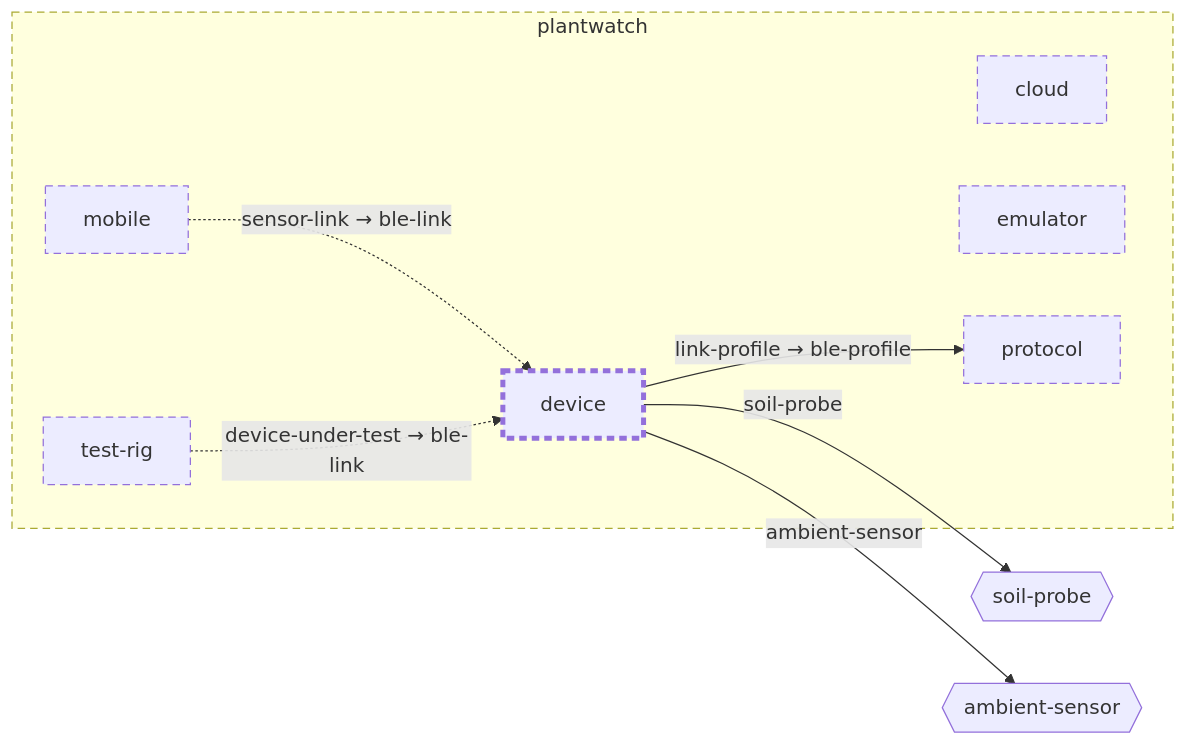
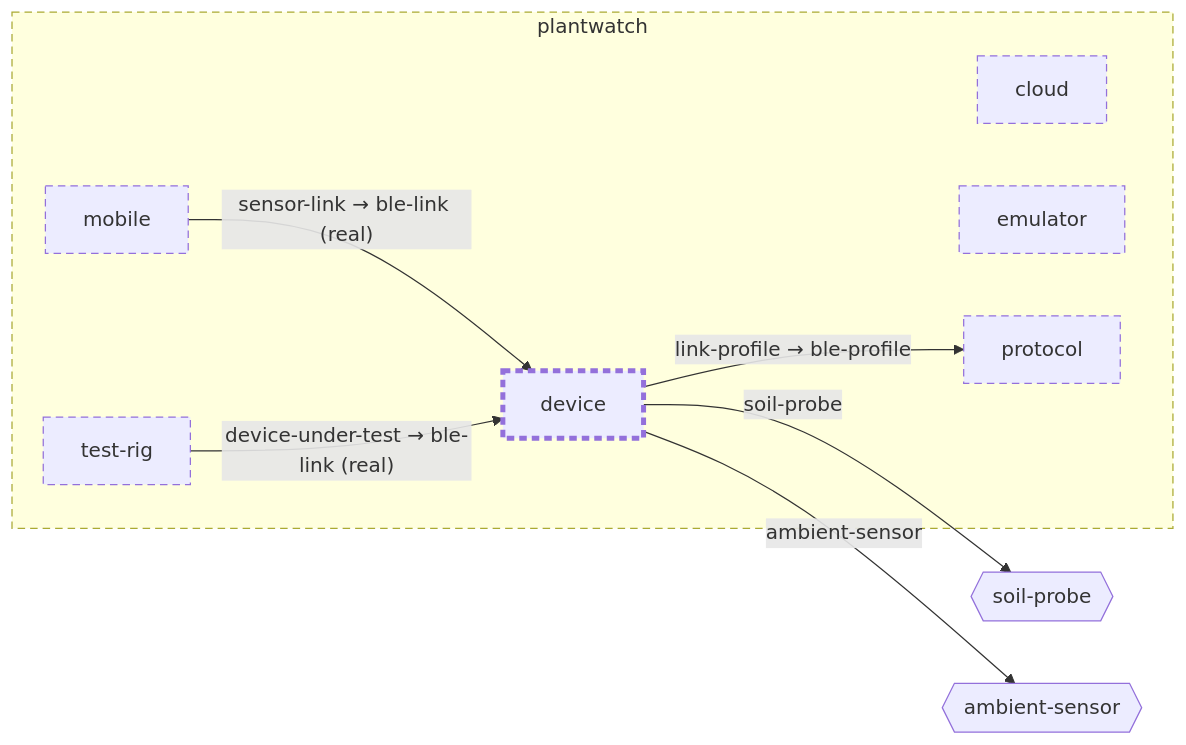
Before and after one commit to wackazong/unifold: the diagram in examples/plantwatch/device/doc/diagrams/context.md, drawn with Mermaid. The commit also changed other lines of this file and 330 other files, not shown here.

````diff
--- a/examples/plantwatch/device/doc/diagrams/context.md
+++ b/examples/plantwatch/device/doc/diagrams/context.md
@@ -8,28 +8,23 @@
 ```mermaid
 flowchart LR
   subgraph u_root["plantwatch"]
     u_cloud["cloud"]
     u_device["device"]
     u_emulator["emulator"]
     u_mobile["mobile"]
     u_protocol["protocol"]
-    u_test_rig["test-rig"]
+    u_test_drig["test-rig"]
   end
-  n_root_soil_probe{{"soil-probe"}}
-  n_root_ambient_sensor{{"ambient-sensor"}}
-  u_device -->|"soil-probe"| n_root_soil_probe
-  u_device -->|"ambient-sensor"| n_root_ambient_sensor
+  n_root___soil_dprobe{{"soil-probe"}}
+  n_root___ambient_dsensor{{"ambient-sensor"}}
+  u_device -->|"soil-probe"| n_root___soil_dprobe
+  u_device -->|"ambient-sensor"| n_root___ambient_dsensor
+  u_mobile -->|"sensor-link → ble-link (real)"| u_device
+  u_test_drig -->|"device-under-test → ble-link (real)"| u_device
   u_device -->|"link-profile → ble-profile"| u_protocol
-  u_mobile -.->|"sensor-link → ble-link"| u_device
-  u_test_rig -.->|"device-under-test → ble-link"| u_device
-  click u_cloud href "../../../cloud/README.md"
-  click u_device href "../../README.md"
-  click u_emulator href "../../../emulator/README.md"
-  click u_mobile href "../../../mobile/README.md"
-  click u_protocol href "../../../protocol/README.md"
-  click u_test_rig href "../../../test-rig/README.md"
   classDef focus stroke-width:4px
   classDef planned stroke-dasharray:6 4
-  class u_root,u_cloud,u_device,u_emulator,u_mobile,u_protocol,u_test_rig planned
+  classDef plain stroke-dasharray:2 3
+  class u_root,u_cloud,u_device,u_emulator,u_mobile,u_protocol,u_test_drig planned
   class u_device focus
 ```
````
